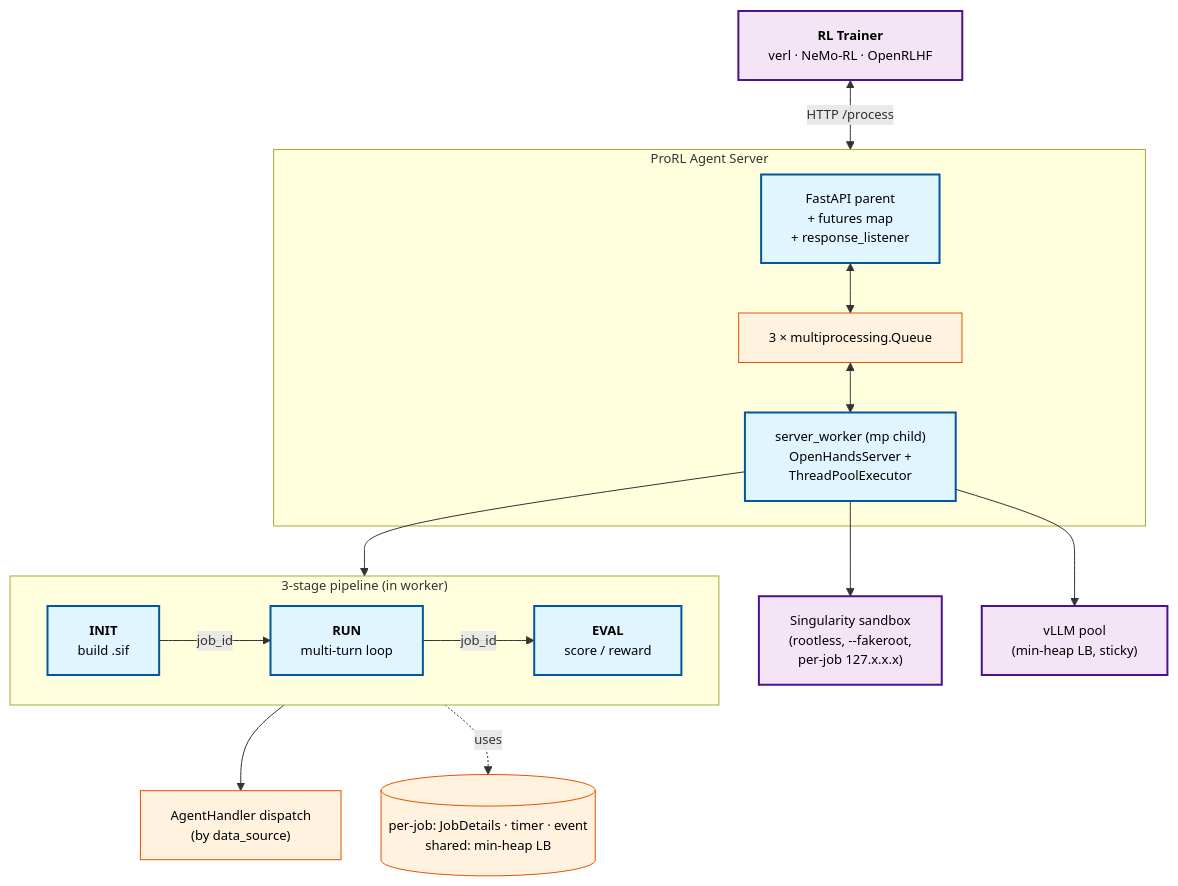
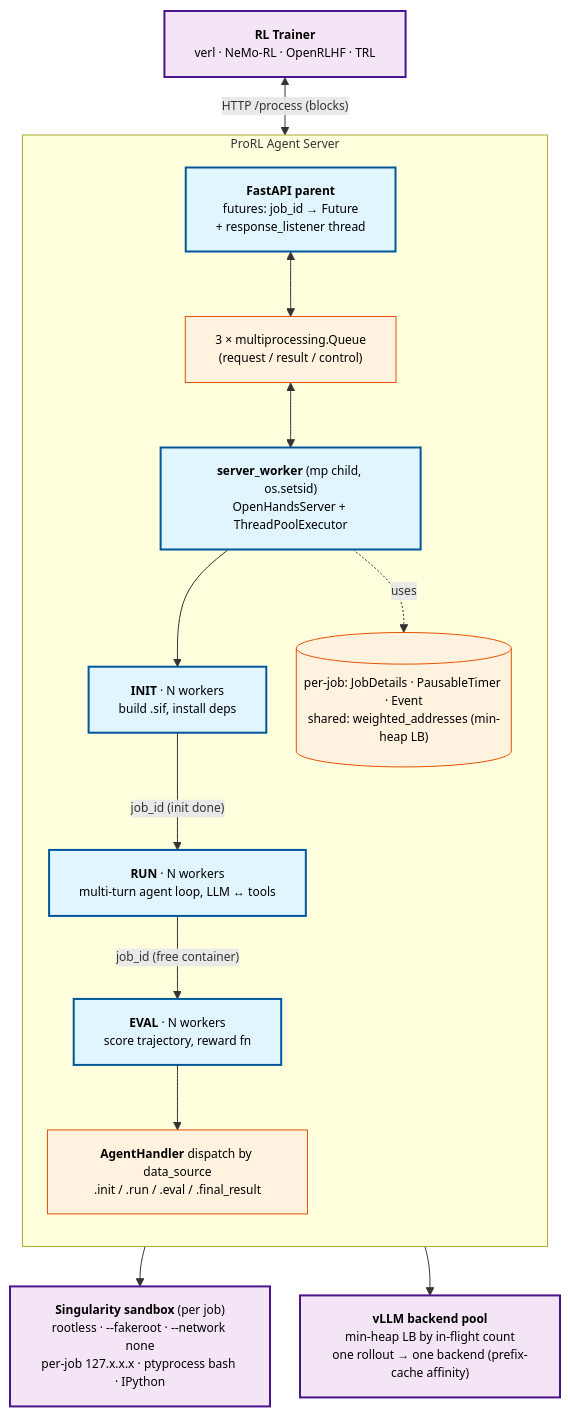
One commit to shikicloud/MLSys changed the diagram in EN/wiki/agentic-rl/prorl-agent.md. Above: the diagram before and after it, drawn with Mermaid. The commit also changed other lines of this file and 4 other files, not shown here.

````diff
--- a/EN/wiki/agentic-rl/prorl-agent.md
+++ b/EN/wiki/agentic-rl/prorl-agent.md
@@ -83,36 +83,36 @@
 ```mermaid
-%%{init: {"flowchart": {"nodeSpacing": 40, "rankSpacing": 50}, "themeVariables": {"fontSize": "13px"}}}%%
+%%{init: {"flowchart": {"nodeSpacing": 30, "rankSpacing": 40}, "themeVariables": {"fontSize": "12px"}}}%%
 flowchart TB
     classDef ext fill:#f3e5f5,stroke:#4a148c,stroke-width:2px,color:#000
     classDef svc fill:#e1f5ff,stroke:#01579b,stroke-width:2px,color:#000
     classDef state fill:#fff3e0,stroke:#e65100,stroke-width:1px,color:#000
 
-    Trainer["<b>RL Trainer</b><br/>verl · NeMo-RL · OpenRLHF"]:::ext
+    Trainer["<b>RL Trainer</b><br/>verl · NeMo-RL · OpenRLHF · TRL"]:::ext
 
     subgraph Server["ProRL Agent Server"]
-        FastAPI["FastAPI parent<br/>+ futures map<br/>+ response_listener"]:::svc
-        MQ["3 × multiprocessing.Queue"]:::state
-        Worker["server_worker (mp child)<br/>OpenHandsServer +<br/>ThreadPoolExecutor"]:::svc
-        FastAPI <--> MQ <--> Worker
+        direction TB
+        FastAPI["<b>FastAPI parent</b><br/>futures: job_id → Future<br/>+ response_listener thread"]:::svc
+        MQ["3 × multiprocessing.Queue<br/>(request / result / control)"]:::state
+        Worker["<b>server_worker</b> (mp child, os.setsid)<br/>OpenHandsServer + ThreadPoolExecutor"]:::svc
+        INIT["<b>INIT</b> · N workers<br/>build .sif, install deps"]:::svc
+        RUN["<b>RUN</b> · N workers<br/>multi-turn agent loop, LLM ↔ tools"]:::svc
+        EVAL["<b>EVAL</b> · N workers<br/>score trajectory, reward fn"]:::svc
+        AHandler["<b>AgentHandler</b> dispatch by data_source<br/>.init / .run / .eval / .final_result"]:::state
+        State[("per-job: JobDetails · PausableTimer · Event<br/>shared: weighted_addresses (min-heap LB)")]:::state
+
+        FastAPI <--> MQ
+        MQ <--> Worker
+        Worker --> INIT
+        INIT -->|"job_id (init done)"| RUN
+        RUN -->|"job_id (free container)"| EVAL
+        EVAL --> AHandler
+        Worker -.uses.-> State
     end
 
-    subgraph Pipeline["3-stage pipeline (in worker)"]
-        direction LR
-        INIT["<b>INIT</b><br/>build .sif"]:::svc
-        RUN["<b>RUN</b><br/>multi-turn loop"]:::svc
-        EVAL["<b>EVAL</b><br/>score / reward"]:::svc
-        INIT -->|"job_id"| RUN -->|"job_id"| EVAL
-    end
+    Sandbox["<b>Singularity sandbox</b> (per job)<br/>rootless · --fakeroot · --network none<br/>per-job 127.x.x.x · ptyprocess bash · IPython"]:::ext
+    vLLM["<b>vLLM backend pool</b><br/>min-heap LB by in-flight count<br/>one rollout → one backend (prefix-cache affinity)"]:::ext
 
-    AHandler["AgentHandler dispatch<br/>(by data_source)"]:::state
-    State[("per-job: JobDetails · timer · event<br/>shared: min-heap LB")]:::state
-    Sandbox["Singularity sandbox<br/>(rootless, --fakeroot,<br/>per-job 127.x.x.x)"]:::ext
-    vLLM["vLLM pool<br/>(min-heap LB, sticky)"]:::ext
-
-    Trainer <-->|"HTTP /process"| Server
-    Worker --> Pipeline
-    Pipeline --> AHandler
-    Pipeline -.uses.-> State
+    Trainer <-->|"HTTP /process (blocks)"| Server
     Worker --> Sandbox
     Worker --> vLLM
 ```
````
